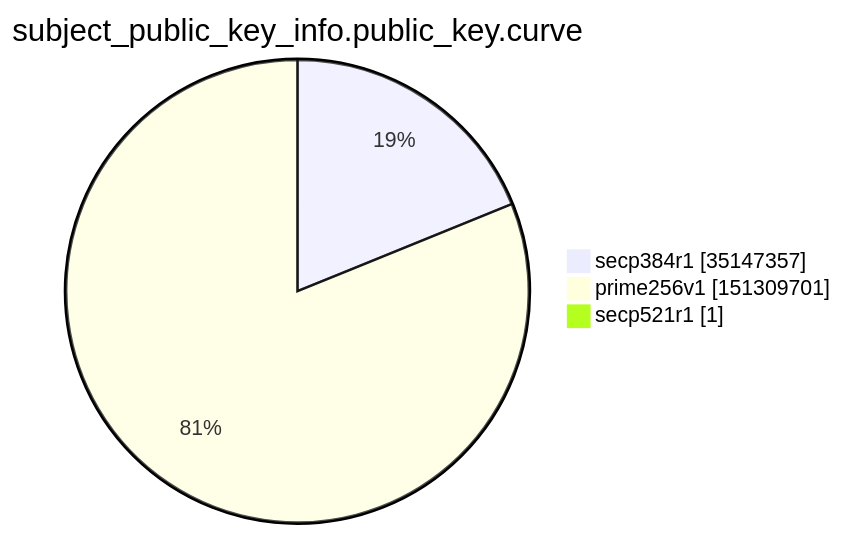
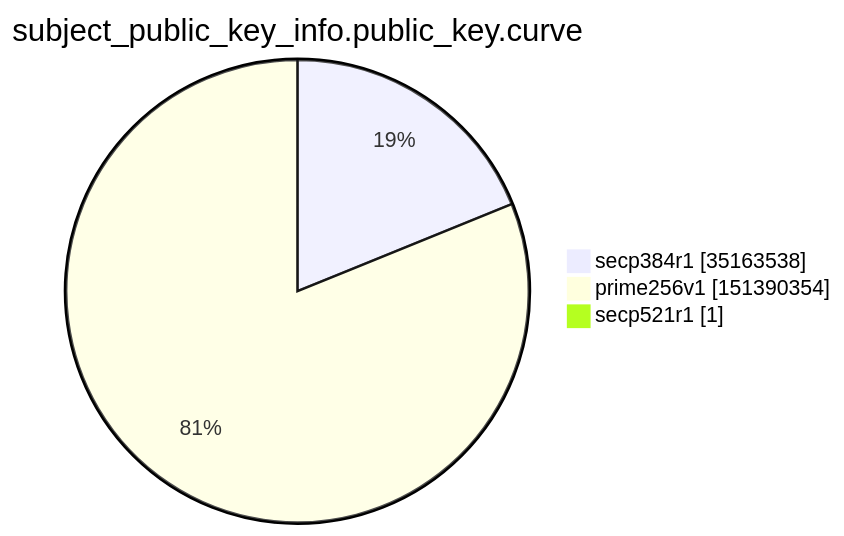
One commit to christiankrug/ctmonitor_visualization changed the ninth of 15 diagrams in argon2022/README.md. Above: the diagram before and after it, drawn with Mermaid. The commit also changed other lines of this file, not shown here.

````diff
--- a/argon2022/README.md
+++ b/argon2022/README.md
@@ -2765,7 +2765,7 @@
 ```mermaid
 pie showData
 title subject_public_key_info.public_key.curve
-"secp384r1" :35147357
-"prime256v1" :151309701
+"secp384r1" :35163538
+"prime256v1" :151390354
 "secp521r1" :1
 ```
````
